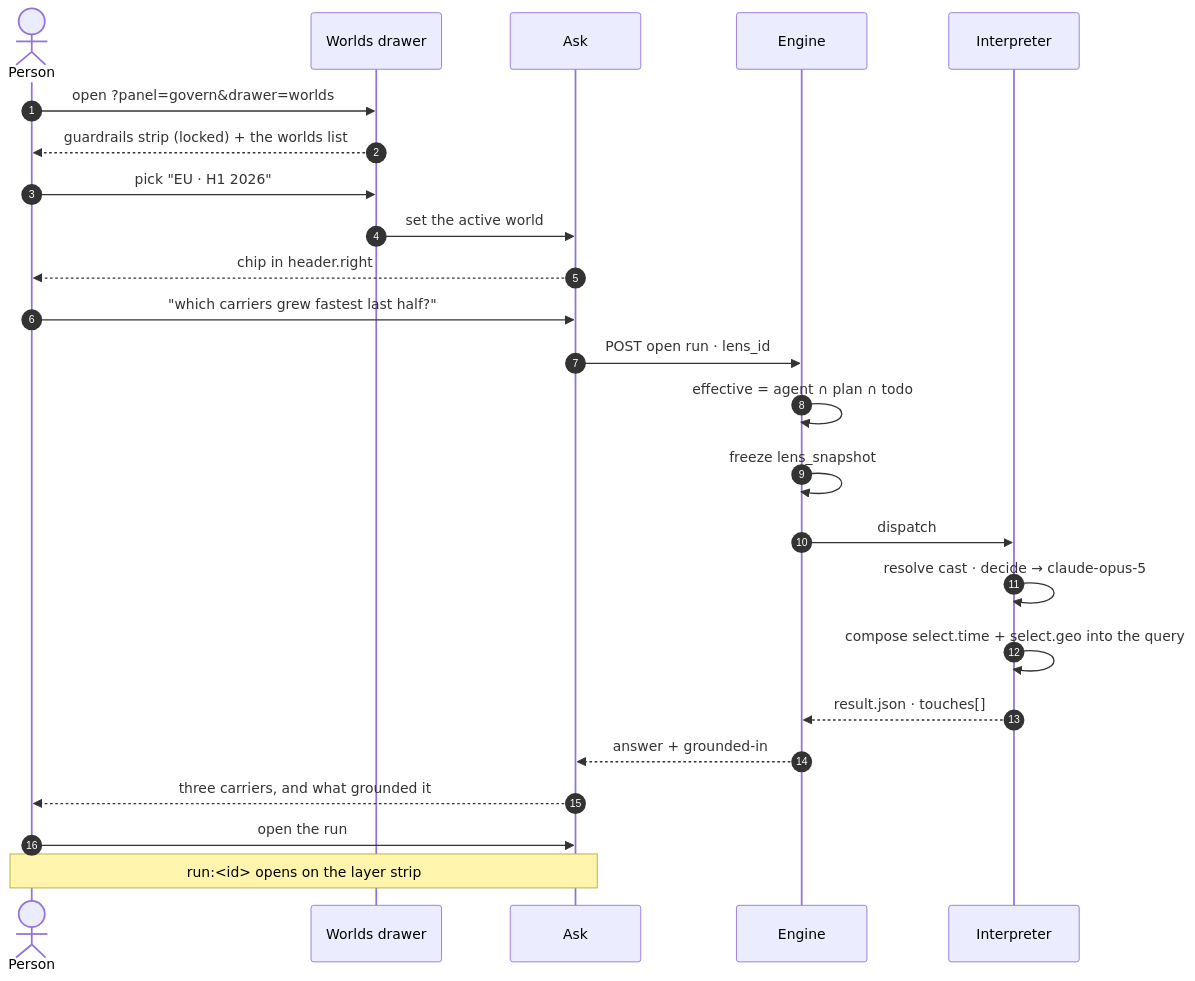
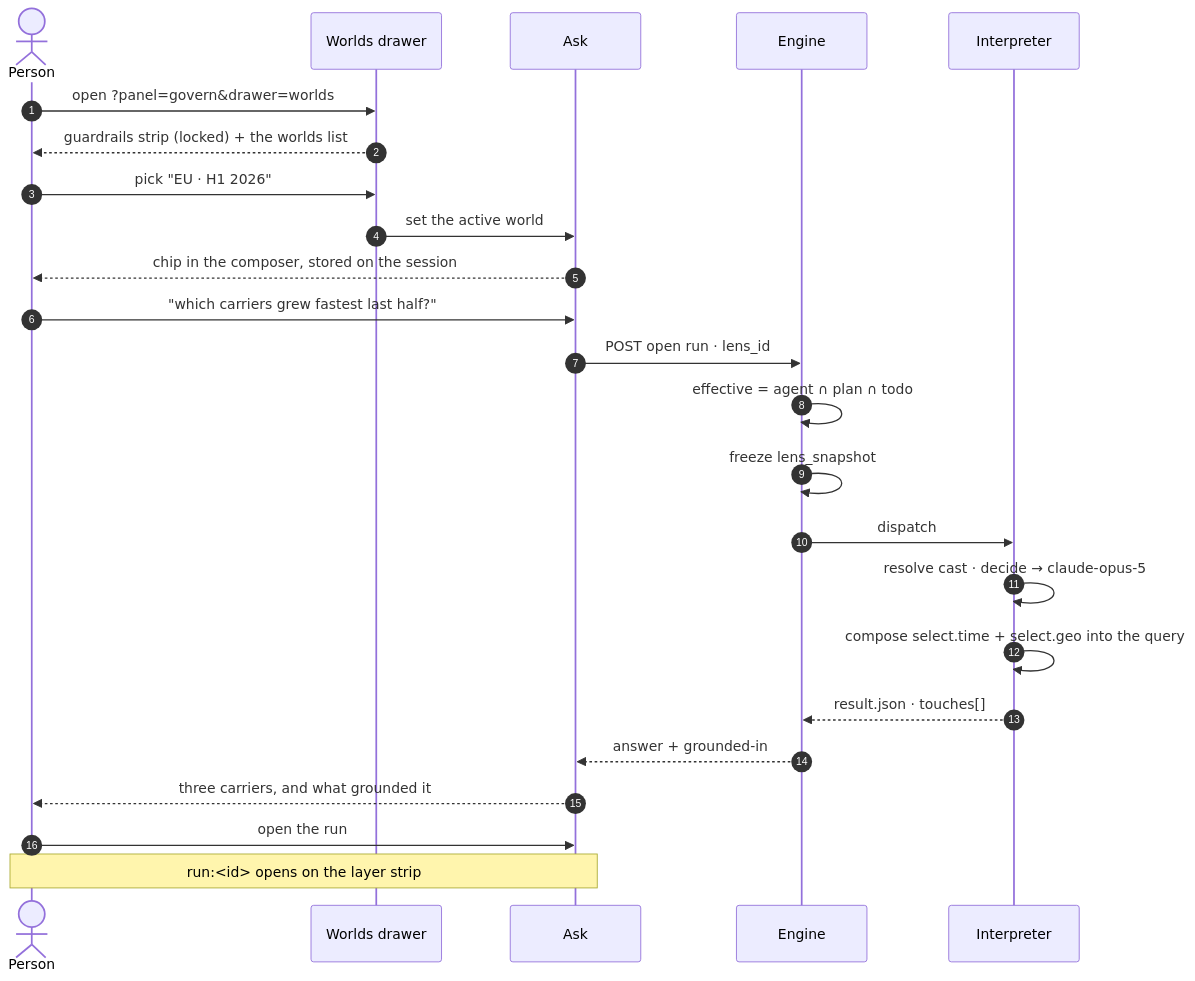
The first of 4 diagrams in docs/for-developers/modules/govern/features/worlds.md (invana/invana), drawn with Mermaid before and after one commit. The commit also changed other lines of this file and 8 other files, not shown here.

````diff
--- a/docs/for-developers/modules/govern/features/worlds.md
+++ b/docs/for-developers/modules/govern/features/worlds.md
@@ -40,27 +40,27 @@
 ```mermaid
 sequenceDiagram
     autonumber
     actor P as Person
     participant W as Worlds drawer
     participant A as Ask
     participant E as Engine
     participant I as Interpreter
 
     P->>W: open ?panel=govern&drawer=worlds
     W-->>P: guardrails strip (locked) + the worlds list
     P->>W: pick "EU · H1 2026"
     W->>A: set the active world
-    A-->>P: chip in header.right
+    A-->>P: chip in the composer, stored on the session
     P->>A: "which carriers grew fastest last half?"
     A->>E: POST open run · lens_id
     E->>E: effective = agent ∩ plan ∩ todo
     E->>E: freeze lens_snapshot
     E->>I: dispatch
     I->>I: resolve cast · decide → claude-opus-5
     I->>I: compose select.time + select.geo into the query
     I-->>E: result.json · touches[]
     E-->>A: answer + grounded-in
     A-->>P: three carriers, and what grounded it
     P->>A: open the run
     Note over P,A: run:<id> opens on the layer strip
 ```
````
